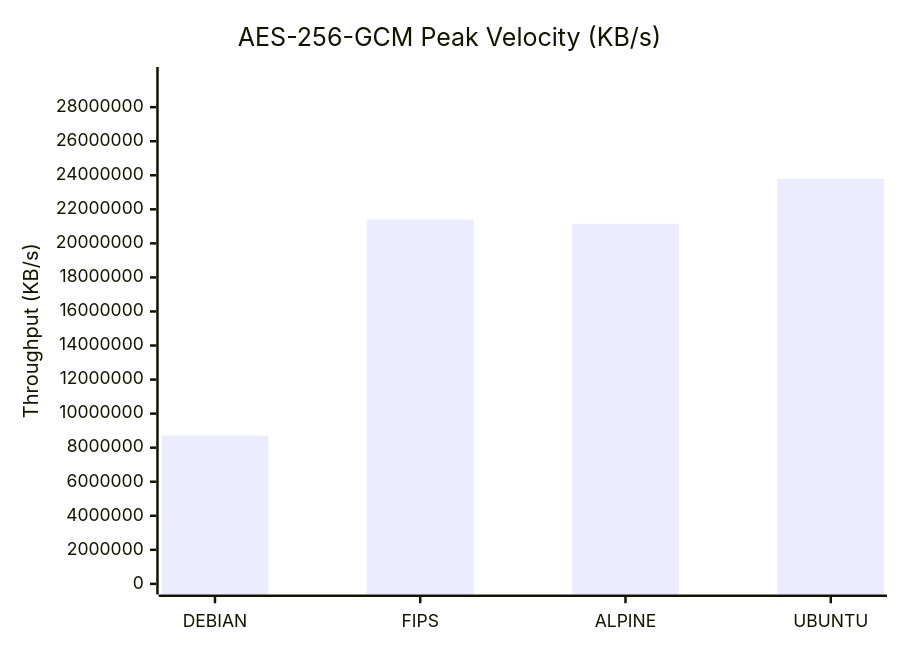
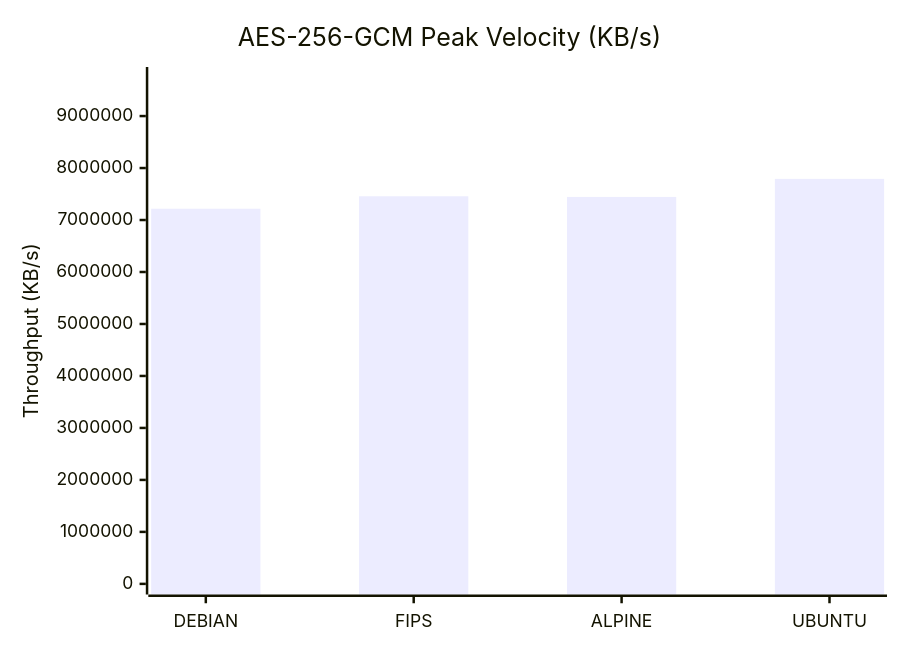
The first of 9 diagrams in docs/Comparison_Report.md (taha2samy/openssl_fips), drawn with Mermaid before and after one commit. The commit also changed other lines of this file and 2 other files, not shown here.

````diff
--- a/docs/Comparison_Report.md
+++ b/docs/Comparison_Report.md
@@ -56,7 +56,7 @@
 ```mermaid
 xychart-beta
     title "AES-256-GCM Peak Velocity (KB/s)"
     x-axis [DEBIAN, FIPS, ALPINE, UBUNTU]
-    y-axis "Throughput (KB/s)" 0 --> 29735301
-    bar [8708849.66, 21407047.68, 21146984.45, 23788240.9]
+    y-axis "Throughput (KB/s)" 0 --> 9739304
+    bar [7217315.84, 7457103.87, 7443816.45, 7791443.97]
 ```
````
